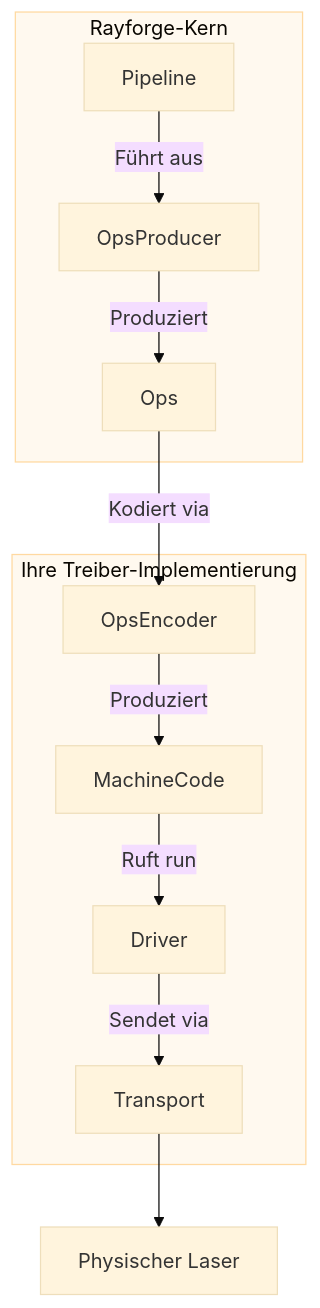
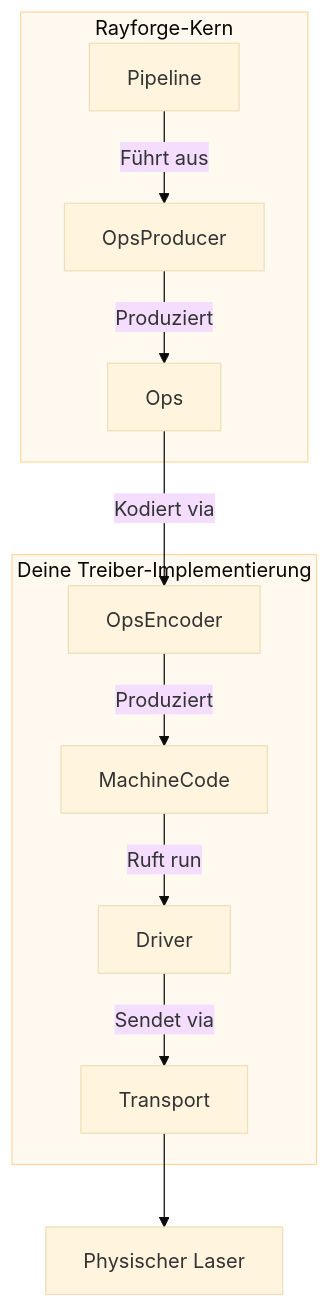
One commit to yuri-schmaltz/my-rayforge changed the diagram in website/i18n/de/docusaurus-plugin-content-docs/current/developer/driver.md. Above: the diagram before and after it, drawn with Mermaid (base theme). The commit also changed other lines of this file and 63 other files, not shown here.

````diff
--- a/website/i18n/de/docusaurus-plugin-content-docs/current/developer/driver.md
+++ b/website/i18n/de/docusaurus-plugin-content-docs/current/developer/driver.md
@@ -19,19 +19,19 @@
 ```mermaid
 graph TD;
     subgraph RayforgeCore[Rayforge-Kern]
         OpsProducer-->|Produziert| Ops;
         Pipeline-->|Führt aus| OpsProducer;
     end
 
-    subgraph YourDriver[Ihre Treiber-Implementierung]
+    subgraph YourDriver[Deine Treiber-Implementierung]
         Ops -->|Kodiert via| OpsEncoder;
         OpsEncoder-->|Produziert| MachineCode
         MachineCode-->|Ruft run| Driver;
         Driver-->|Sendet via| Transport;
     end
 
     Transport --> Device[Physischer Laser];
 
     classDef clusterBox fill:#fff3e080,stroke:#ffb74d80,stroke-width:1px
     class RayforgeCore,YourDriver clusterBox
 ```
````
